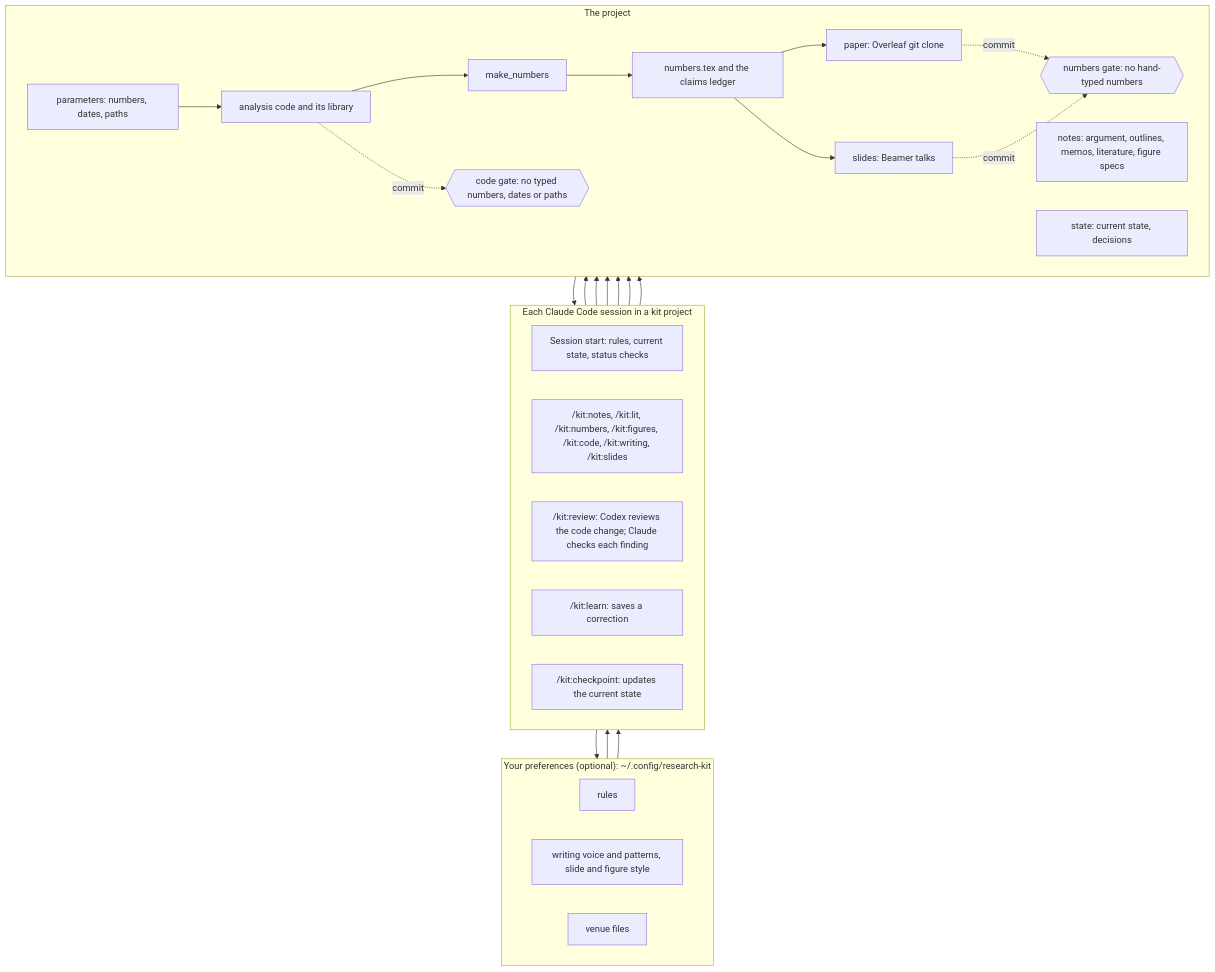
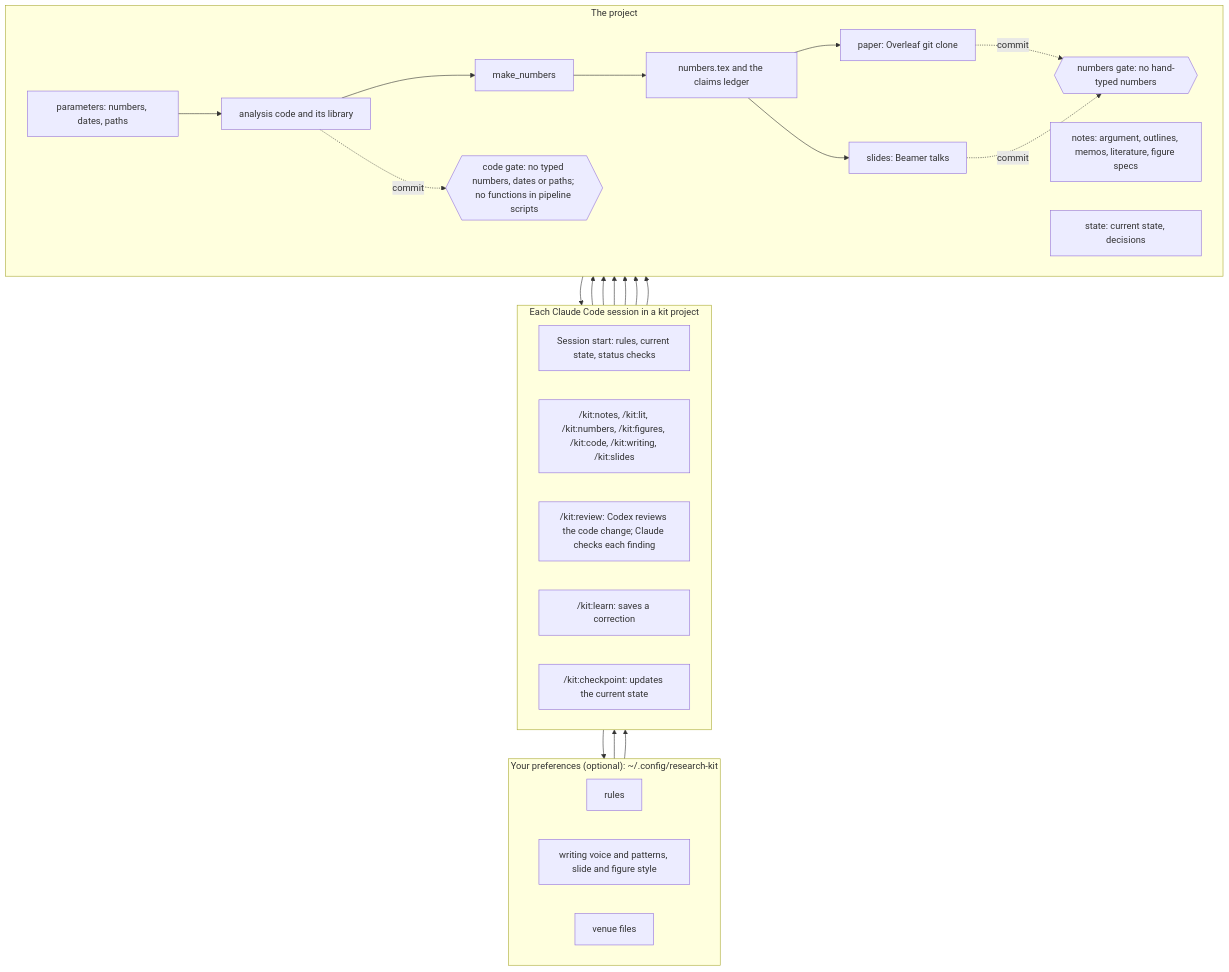
One commit to zjelveh/research-kit changed the diagram in README.md. Above: the diagram before and after it, drawn with Mermaid. The commit also changed other lines of this file and 2 other files, not shown here.

Commit message:
research-kit 0.3.1: README and KNOWN-ISSUES updated for the code gate's function rule, the run-all script and numbers scripts as drivers

````diff
--- a/README.md
+++ b/README.md
@@ -9,49 +9,49 @@
 ```mermaid
 flowchart TB
     subgraph you["Your preferences (optional): ~/.config/research-kit"]
         direction LR
         prules["rules"]
         pvoice["writing voice and patterns, slide and figure style"]
         pvenue["venue files"]
     end
 
     subgraph session["Each Claude Code session in a kit project"]
         direction LR
         start["Session start: rules, current state, status checks"]
         skills["/kit:notes, /kit:lit, /kit:numbers, /kit:figures, /kit:code, /kit:writing, /kit:slides"]
         review["/kit:review: Codex reviews the code change; Claude checks each finding"]
         learn["/kit:learn: saves a correction"]
         checkpoint["/kit:checkpoint: updates the current state"]
     end
 
     subgraph project["The project"]
         direction LR
         params["parameters: numbers, dates, paths"]
         code["analysis code and its library"]
         make["make_numbers"]
         numbers["numbers.tex and the claims ledger"]
         paper["paper: Overleaf git clone"]
         talks["slides: Beamer talks"]
         notes["notes: argument, outlines, memos, literature, figure specs"]
         state["state: current state, decisions"]
-        codegate{{"code gate: no typed numbers, dates or paths"}}
+        codegate{{"code gate: no typed numbers, dates or paths; no functions in pipeline scripts"}}
         gate{{"numbers gate: no hand-typed numbers"}}
         params --> code --> make --> numbers
         numbers --> paper
         numbers --> talks
         code -. commit .-> codegate
         paper -. commit .-> gate
         talks -. commit .-> gate
     end
 
     you --> start
     you --> skills
     learn --> you
     state --> start
     checkpoint --> state
     skills --> code
     skills --> notes
     skills --> paper
     skills --> talks
     review --> code
 ```
````
